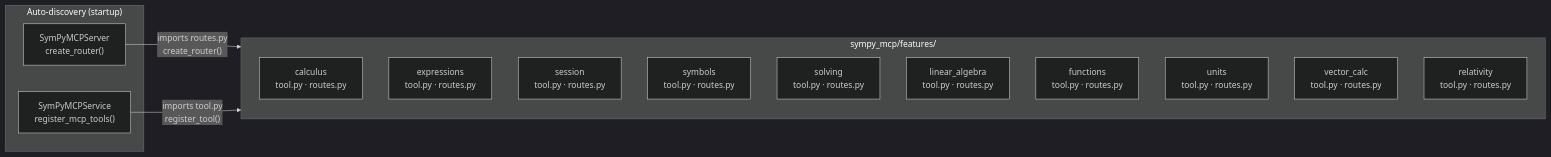
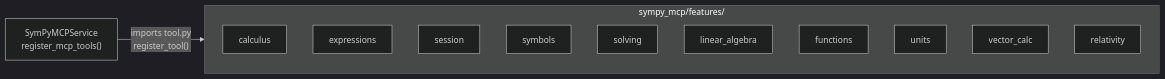
The second of 6 diagrams in docs/architecture.md (geosp/sympy-mcp), drawn with Mermaid (dark theme) before and after one commit. The commit also changed other lines of this file and 40 other files, not shown here.

````diff
--- a/docs/architecture.md
+++ b/docs/architecture.md
@@ -54,24 +58,20 @@
 ```mermaid
 flowchart LR
-    subgraph Discovery ["Auto-discovery (startup)"]
-        SRV["SymPyMCPServer\ncreate_router()"]
-        SVC["SymPyMCPService\nregister_mcp_tools()"]
-    end
+    SVC["SymPyMCPService\nregister_mcp_tools()"]
 
     subgraph Features ["sympy_mcp/features/"]
         direction TB
-        CALC["calculus\ntool.py · routes.py"]
-        EXPR["expressions\ntool.py · routes.py"]
-        SESS["session\ntool.py · routes.py"]
-        SYMS["symbols\ntool.py · routes.py"]
-        SOLV["solving\ntool.py · routes.py"]
-        LA["linear_algebra\ntool.py · routes.py"]
-        FUNC["functions\ntool.py · routes.py"]
-        UNITS["units\ntool.py · routes.py"]
-        VCALC["vector_calc\ntool.py · routes.py"]
-        REL["relativity\ntool.py · routes.py"]
+        CALC["calculus"]
+        EXPR["expressions"]
+        SESS["session"]
+        SYMS["symbols"]
+        SOLV["solving"]
+        LA["linear_algebra"]
+        FUNC["functions"]
+        UNITS["units"]
+        VCALC["vector_calc"]
+        REL["relativity"]
     end
 
-    SRV -- "imports routes.py\ncreate_router()" --> Features
     SVC -- "imports tool.py\nregister_tool()" --> Features
 ```
````
